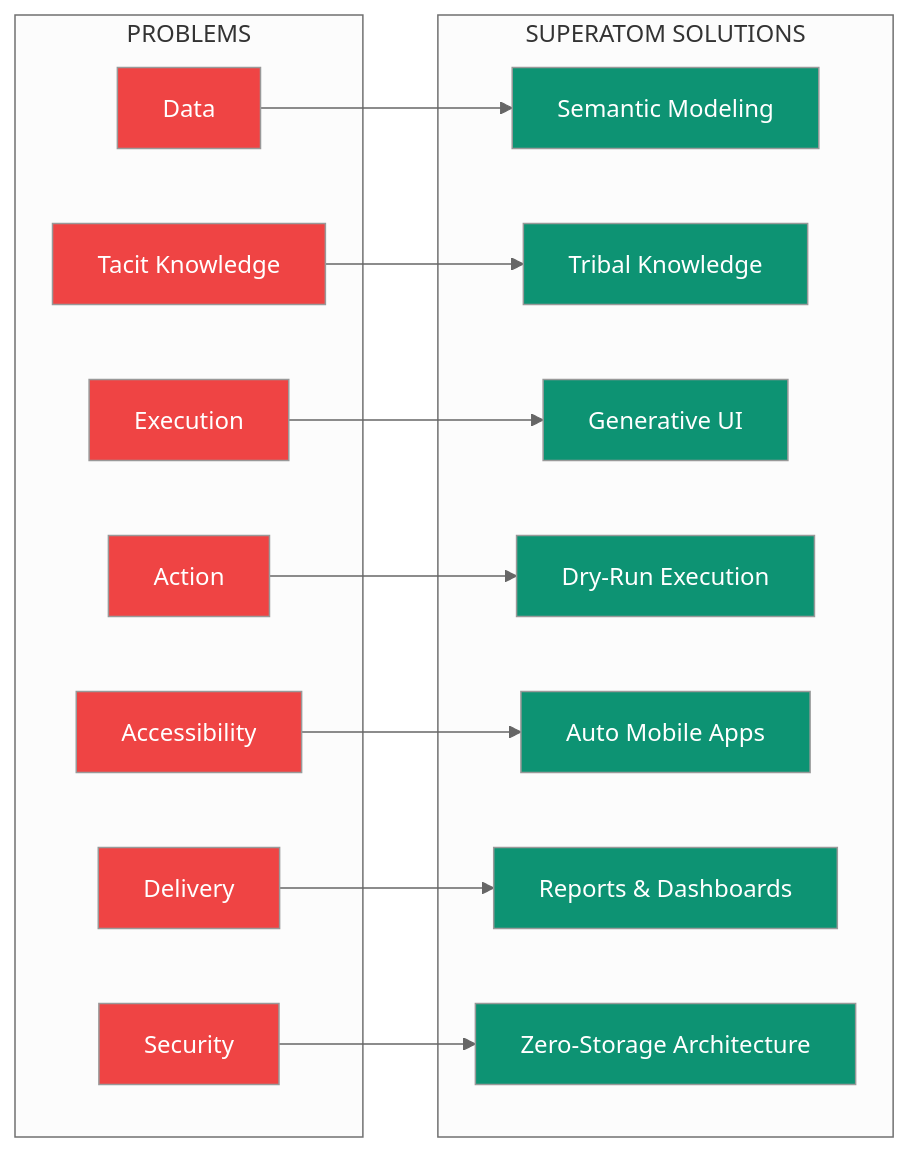
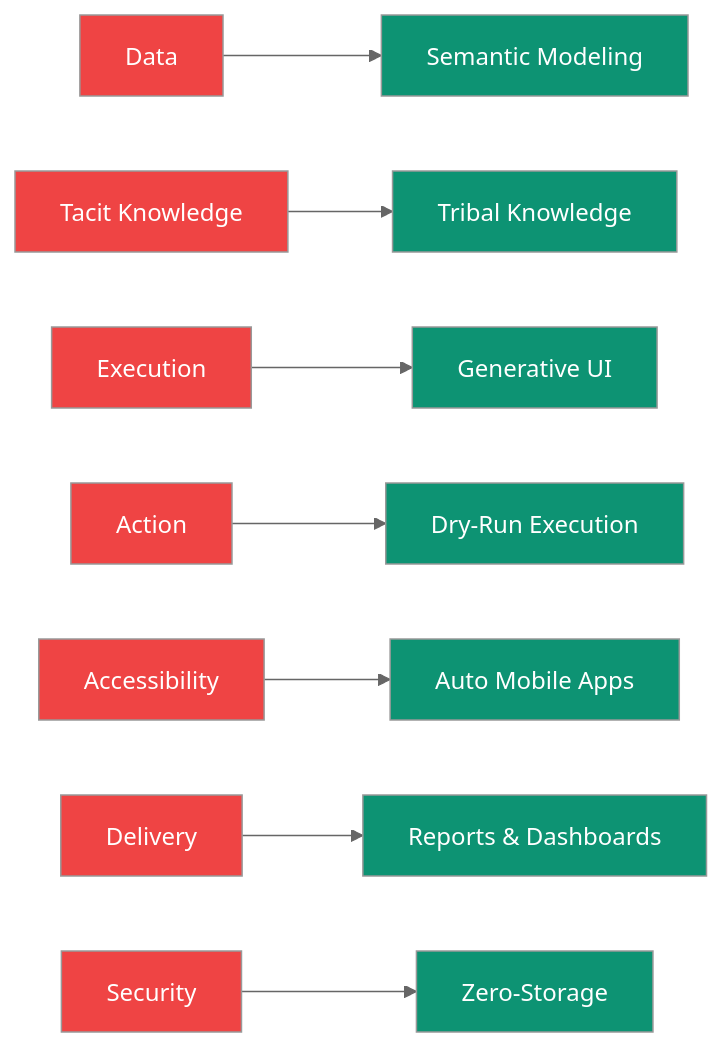
Before and after one commit to ashishsuperatom/tech-docs: the second of 2 diagrams in introduction/overview.mdx, drawn with Mermaid (neutral theme). The commit also changed other lines of this file and 13 other files, not shown here.

First line of the commit message:
Add Superatom AI logo and fix Mermaid diagram rendering

````diff
--- a/introduction/overview.mdx
+++ b/introduction/overview.mdx
@@ -106,45 +106,25 @@
 ```mermaid
 flowchart LR
-    subgraph PROBLEMS["PROBLEMS"]
-        P1[Data]
-        P2[Tacit Knowledge]
-        P3[Execution]
-        P4[Action]
-        P5[Accessibility]
-        P6[Delivery]
-        P7[Security]
-    end
-
-    subgraph SOLUTIONS["SUPERATOM SOLUTIONS"]
-        S1[Semantic Modeling]
-        S2[Tribal Knowledge]
-        S3[Generative UI]
-        S4[Dry-Run Execution]
-        S5[Auto Mobile Apps]
-        S6[Reports & Dashboards]
-        S7[Zero-Storage Architecture]
-    end
-
-    P1 --> S1
-    P2 --> S2
-    P3 --> S3
-    P4 --> S4
-    P5 --> S5
-    P6 --> S6
-    P7 --> S7
+    P1[Data] --> S1[Semantic Modeling]
+    P2[Tacit Knowledge] --> S2[Tribal Knowledge]
+    P3[Execution] --> S3[Generative UI]
+    P4[Action] --> S4[Dry-Run Execution]
+    P5[Accessibility] --> S5[Auto Mobile Apps]
+    P6[Delivery] --> S6[Reports & Dashboards]
+    P7[Security] --> S7[Zero-Storage]
 
     style P1 fill:#ef4444,color:#fff
     style P2 fill:#ef4444,color:#fff
     style P3 fill:#ef4444,color:#fff
     style P4 fill:#ef4444,color:#fff
     style P5 fill:#ef4444,color:#fff
     style P6 fill:#ef4444,color:#fff
     style P7 fill:#ef4444,color:#fff
     style S1 fill:#0D9373,color:#fff
     style S2 fill:#0D9373,color:#fff
     style S3 fill:#0D9373,color:#fff
     style S4 fill:#0D9373,color:#fff
     style S5 fill:#0D9373,color:#fff
     style S6 fill:#0D9373,color:#fff
     style S7 fill:#0D9373,color:#fff
 ```
````
